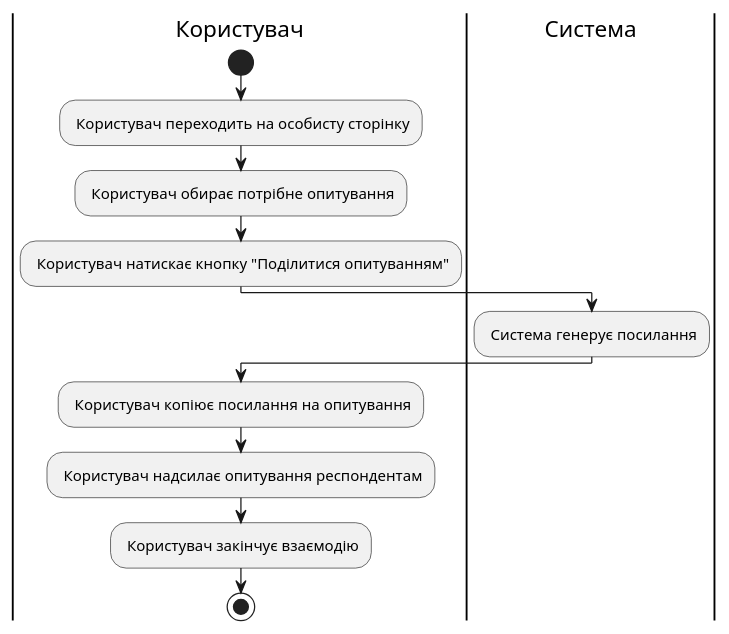
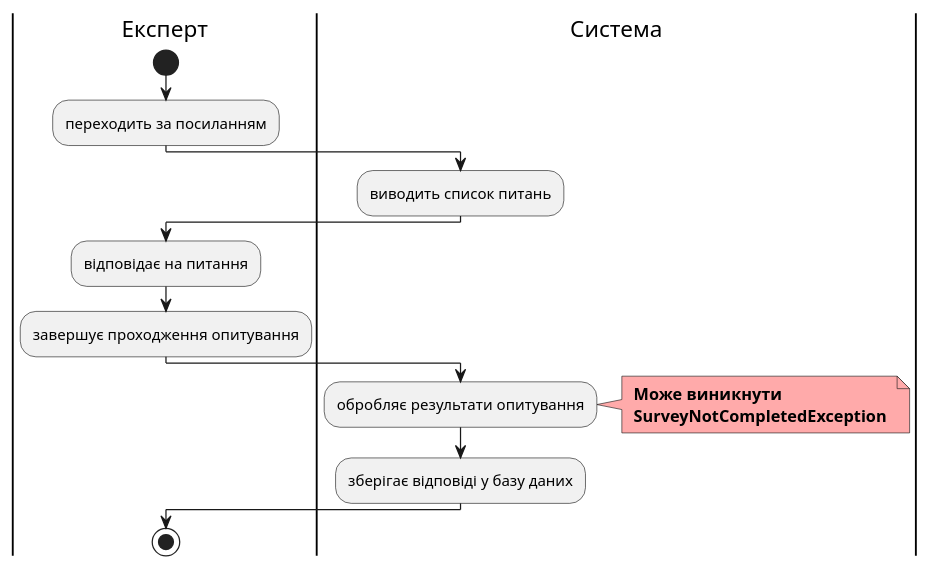
Before and after one commit to xivihwa/edu-db-cw-group1_violetta: diagram 11 of 15 in docs/use cases/README.md, drawn with PlantUML. The commit also changed other lines of this file, not shown here.

```diff
--- a/docs/use cases/README.md
+++ b/docs/use cases/README.md
@@ -348,17 +413,25 @@
 @startuml
 
-|Користувач|
-start;
-: Користувач переходить на особисту сторінку;
-: Користувач обирає потрібне опитування;
-: Користувач натискає кнопку "Поділитися опитуванням";
-|Система|
-: Система генерує посилання;
+    |Експерт|
+    start;
+    :переходить за посиланням;
 
-|Користувач|
-: Користувач копіює посилання на опитування;
-: Користувач надсилає опитування респондентам;
-: Користувач закінчує взаємодію;
-|Користувач|
-stop;
+    |Система|
+    :виводить список питань;
+
+    |Експерт|
+    :відповідає на питання;
+    :завершує проходження опитування;
+
+    |Система| 
+    :обробляє результати опитування; 
+    note right #ffaaaa 
+    <b> Може виникнути 
+    <b> SurveyNotCompletedException 
+    end note 
+    :зберігає відповіді у базу даних; 
+     
+    |Експерт| 
+    stop;
+
 @enduml
```
